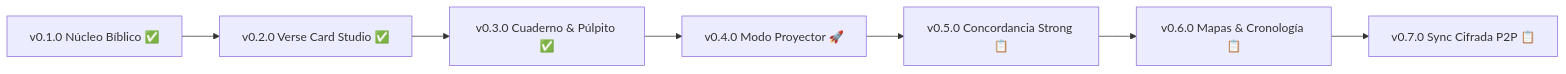
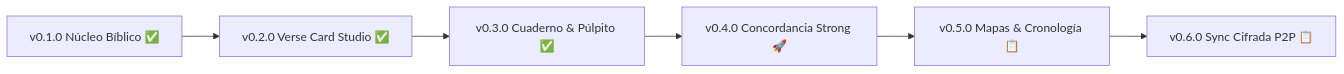
One commit to SoyJhery/biblia-desktop changed the diagram in ROADMAP.md. Above: the diagram before and after it, drawn with Mermaid. The commit also changed other lines of this file and 1 other file, not shown here.

Commit message:
docs(roadmap): remover modo proyector y priorizar Concordancia Strong y Referencias Cruzadas

````diff
--- a/ROADMAP.md
+++ b/ROADMAP.md
@@ -14,9 +14,8 @@
 ```mermaid
 flowchart LR
     A["v0.1.0 Núcleo Bíblico ✅"] --> B["v0.2.0 Verse Card Studio ✅"]
     B --> C["v0.3.0 Cuaderno & Púlpito ✅"]
-    C --> D["v0.4.0 Modo Proyector 🚀"]
-    D --> E["v0.5.0 Concordancia Strong 📋"]
-    E --> F["v0.6.0 Mapas & Cronología 📋"]
-    F --> G["v0.7.0 Sync Cifrada P2P 📋"]
+    C --> D["v0.4.0 Concordancia Strong 🚀"]
+    D --> E["v0.5.0 Mapas & Cronología 📋"]
+    E --> F["v0.6.0 Sync Cifrada P2P 📋"]
 ```
````
